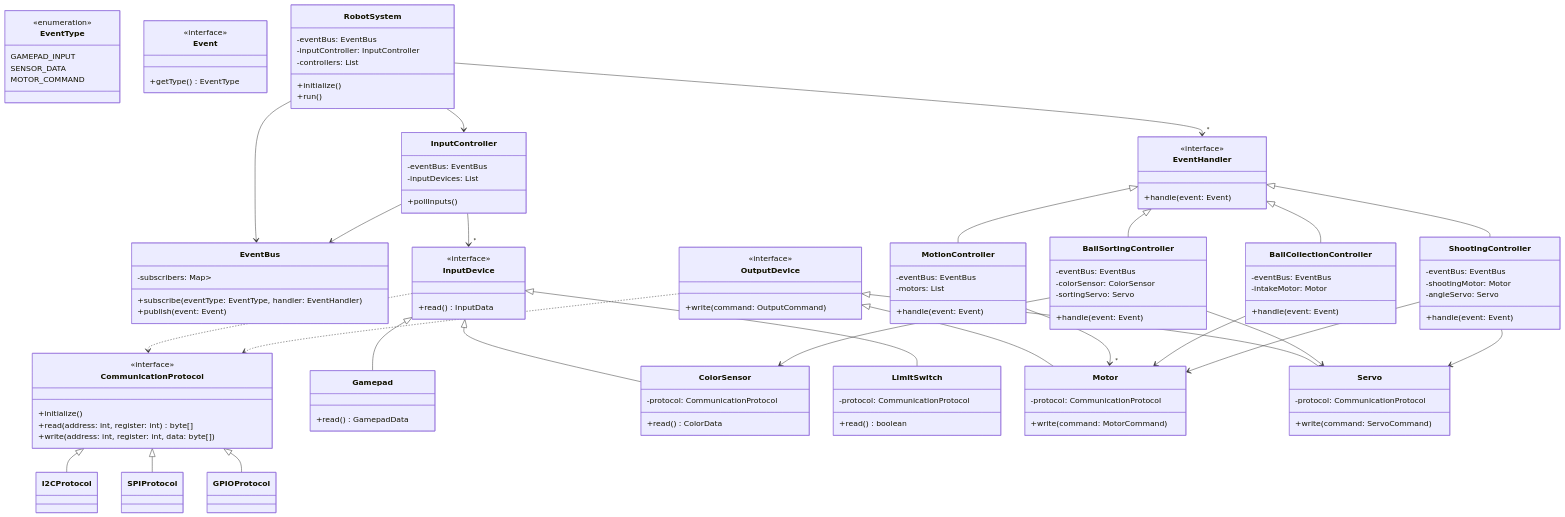
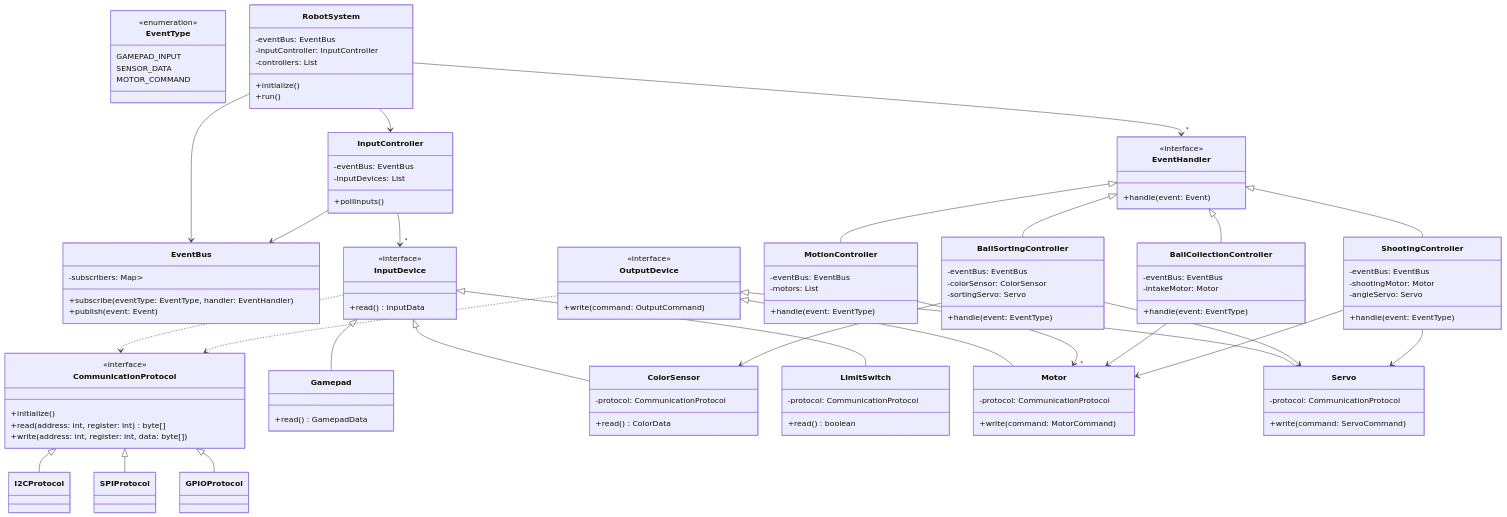
Before and after one commit to ScienceLabPY/vorc24: the diagram in README.md, drawn with Mermaid. The commit also changed other lines of this file and 1 other file, not shown here.

Commit message:
chore: Remove Event interface and update event handling methods

```diff
--- a/README.md
+++ b/README.md
@@ -72,10 +72,6 @@
         GAMEPAD_INPUT
         SENSOR_DATA
         MOTOR_COMMAND
-    }
-    class Event {
-        <<interface>>
-        +getType() EventType
     }
     class EventHandler {
         <<interface>>
@@ -129,24 +125,24 @@
     class MotionController {
         -eventBus: EventBus
         -motors: List<Motor>
-        +handle(event: Event)
+        +handle(event: EventType)
     }
     class BallCollectionController {
         -eventBus: EventBus
         -intakeMotor: Motor
-        +handle(event: Event)
+        +handle(event: EventType)
     }
     class BallSortingController {
         -eventBus: EventBus
         -colorSensor: ColorSensor
         -sortingServo: Servo
-        +handle(event: Event)
+        +handle(event: EventType)
     }
     class ShootingController {
         -eventBus: EventBus
         -shootingMotor: Motor
         -angleServo: Servo
-        +handle(event: Event)
+        +handle(event: EventType)
     }
 
     %% System
```
